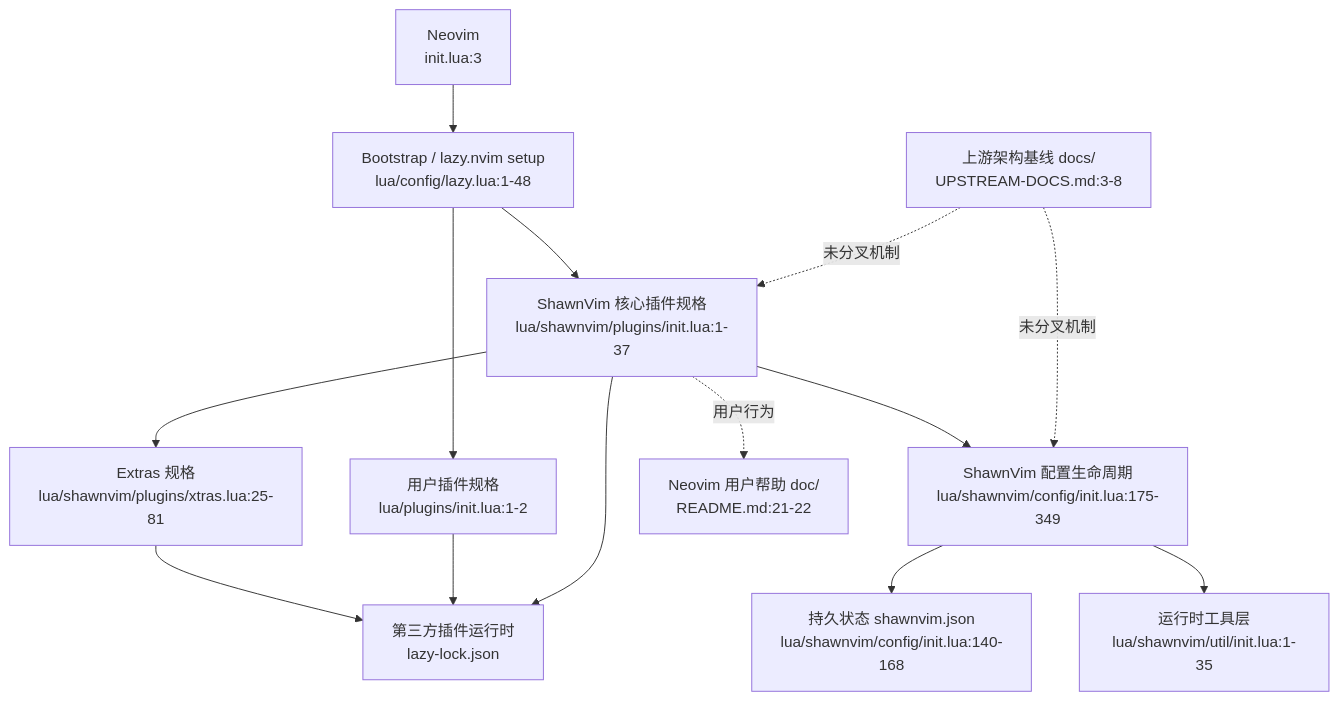
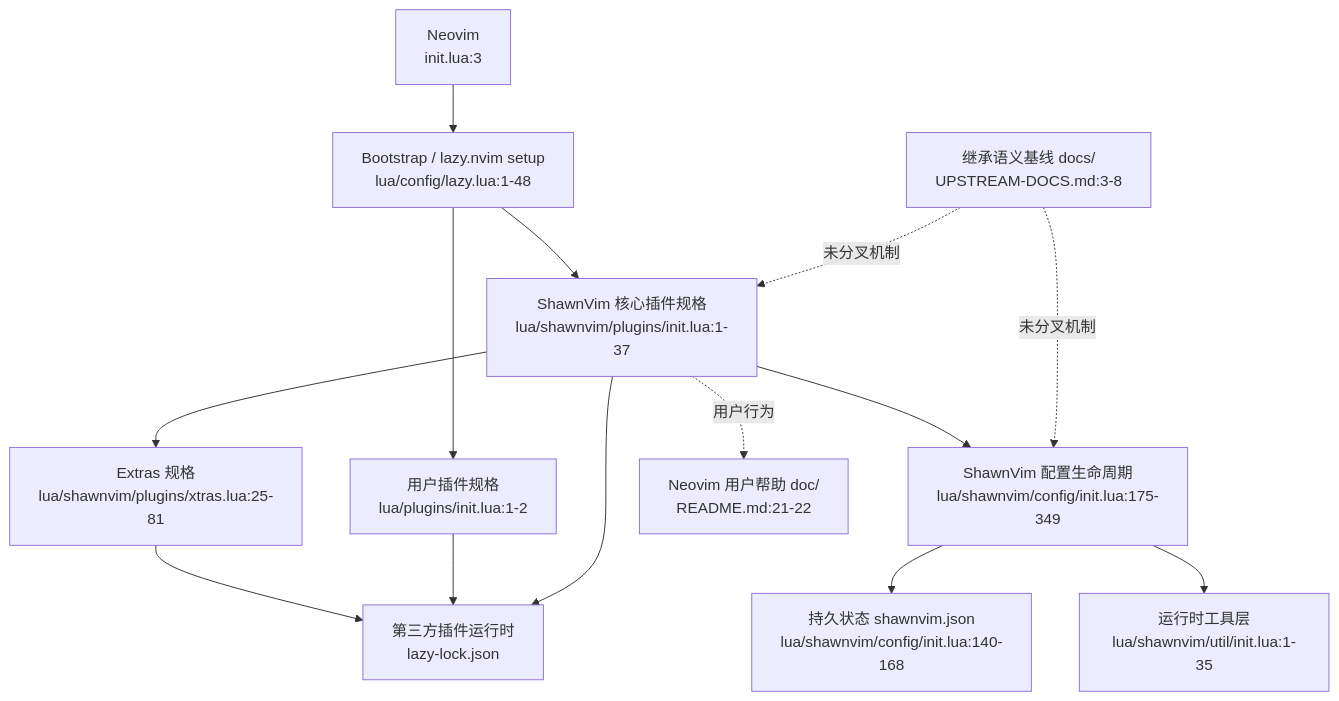
The diagram in .codestable/architecture/system-shawnvim-runtime.md (ShawnZhongChn/nvim.dot), drawn with Mermaid before and after one commit. The commit also changed other lines of this file and 2 other files, not shown here.

````diff
--- a/.codestable/architecture/system-shawnvim-runtime.md
+++ b/.codestable/architecture/system-shawnvim-runtime.md
@@ -33,28 +33,28 @@
 ```mermaid
 flowchart TD
     N["Neovim<br/>init.lua:3"]
     B["Bootstrap / lazy.nvim setup<br/>lua/config/lazy.lua:1-48"]
     C["ShawnVim 核心插件规格<br/>lua/shawnvim/plugins/init.lua:1-37"]
     X["Extras 规格<br/>lua/shawnvim/plugins/xtras.lua:25-81"]
     U["用户插件规格<br/>lua/plugins/init.lua:1-2"]
     L["ShawnVim 配置生命周期<br/>lua/shawnvim/config/init.lua:175-349"]
     R["运行时工具层<br/>lua/shawnvim/util/init.lua:1-35"]
     P["第三方插件运行时<br/>lazy-lock.json"]
     S["持久状态 shawnvim.json<br/>lua/shawnvim/config/init.lua:140-168"]
-    D["上游架构基线 docs/<br/>UPSTREAM-DOCS.md:3-8"]
+    D["继承语义基线 docs/<br/>UPSTREAM-DOCS.md:3-8"]
     H["Neovim 用户帮助 doc/<br/>README.md:21-22"]
 
     N --> B
     B --> C
     C --> L
     L --> R
     L --> S
     C --> X
     X --> P
     B --> U
     U --> P
     C --> P
     D -.未分叉机制.-> C
     D -.未分叉机制.-> L
     C -.用户行为.-> H
 ```
````
